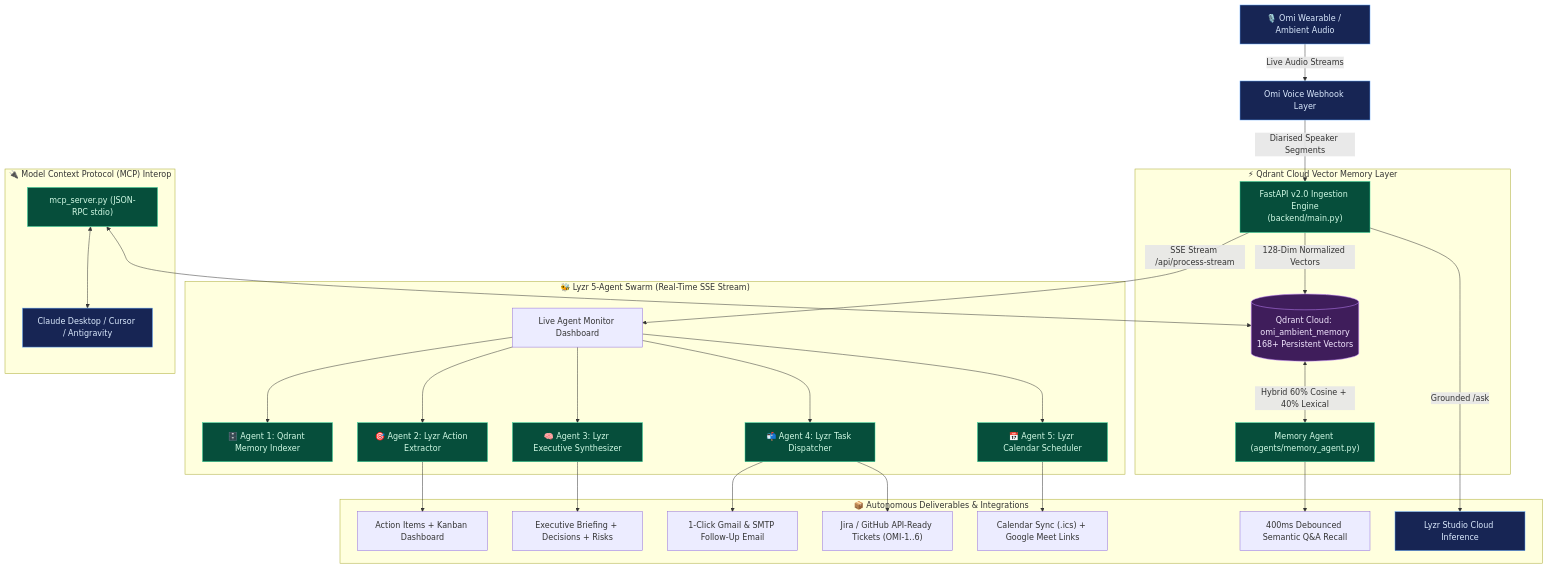
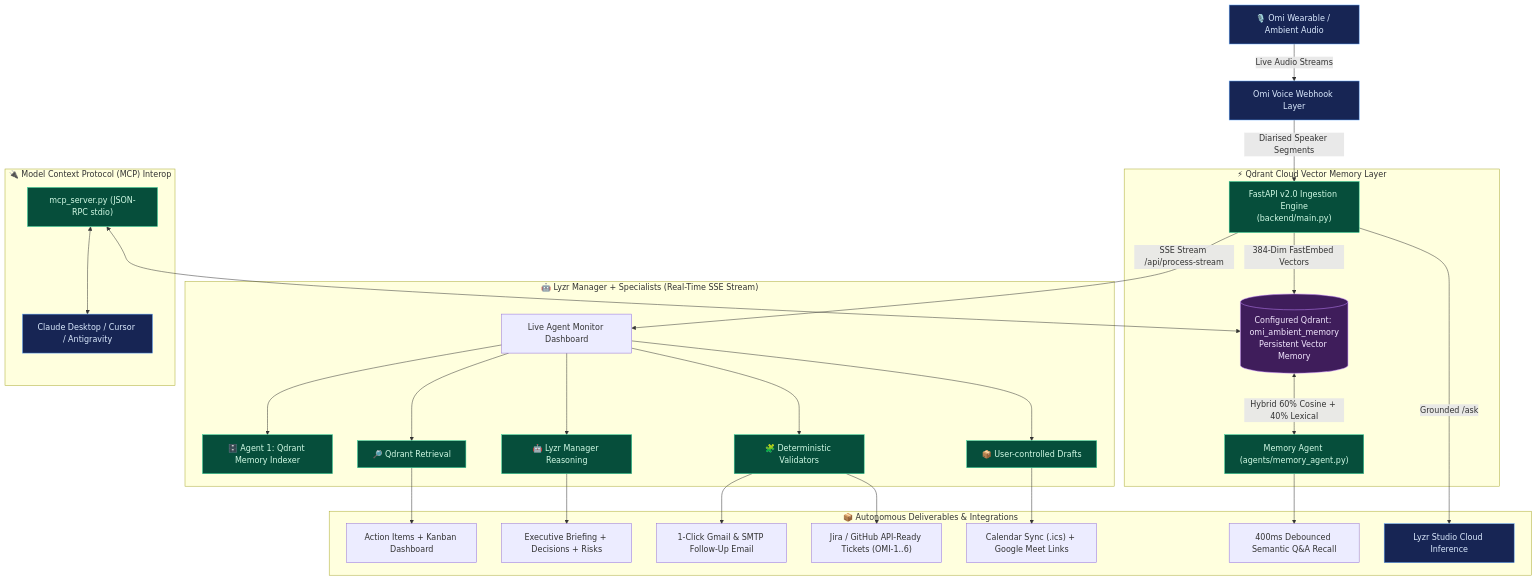
One commit to masood-mashu/omimind-agent changed the diagram in README.md. Above: the diagram before and after it, drawn with Mermaid. The commit also changed other lines of this file and 21 other files, not shown here.

Commit message:
feat(hackathon): align architecture with official track 1 connected loop requirements

````diff
--- a/README.md
+++ b/README.md
@@ -63,41 +63,41 @@
 ```mermaid
 flowchart TD
     User["🎙️ Omi Wearable / Ambient Audio"] -->|Live Audio Streams| Omi["Omi Voice Webhook Layer"]
     Omi -->|Diarised Speaker Segments| FastAPIServer["FastAPI v2.0 Ingestion Engine<br/>(backend/main.py)"]
 
     subgraph QDRANT ["⚡ Qdrant Cloud Vector Memory Layer"]
-        FastAPIServer -->|128-Dim Normalized Vectors| Qdrant[("Qdrant Cloud: omi_ambient_memory<br/>168+ Persistent Vectors")]
+        FastAPIServer -->|384-Dim FastEmbed Vectors| Qdrant[("Configured Qdrant: omi_ambient_memory<br/>Persistent Vector Memory")]
         Qdrant <-->|Hybrid 60% Cosine + 40% Lexical| MemAgent["Memory Agent (agents/memory_agent.py)"]
     end
 
-    subgraph LYZR ["🐝 Lyzr 5-Agent Swarm (Real-Time SSE Stream)"]
+    subgraph LYZR ["🤖 Lyzr Manager + Specialists (Real-Time SSE Stream)"]
         FastAPIServer -->|SSE Stream /api/process-stream| Stream["Live Agent Monitor Dashboard"]
         Stream --> A1["🗄️ Agent 1: Qdrant Memory Indexer"]
-        Stream --> A2["🎯 Agent 2: Lyzr Action Extractor"]
-        Stream --> A3["🧠 Agent 3: Lyzr Executive Synthesizer"]
-        Stream --> A4["📬 Agent 4: Lyzr Task Dispatcher"]
-        Stream --> A5["📅 Agent 5: Lyzr Calendar Scheduler"]
+        Stream --> A2["🔎 Qdrant Retrieval"]
+        Stream --> A3["🤖 Lyzr Manager Reasoning"]
+        Stream --> A4["🧩 Deterministic Validators"]
+        Stream --> A5["📦 User-controlled Drafts"]
     end
 
     subgraph OUTPUTS ["📦 Autonomous Deliverables & Integrations"]
         A2 --> Actions["Action Items + Kanban Dashboard"]
         A3 --> Dossier["Executive Briefing + Decisions + Risks"]
         A4 --> Email["1-Click Gmail & SMTP Follow-Up Email"]
         A4 --> Jira["Jira / GitHub API-Ready Tickets (OMI-1..6)"]
         A5 --> Calendar["Calendar Sync (.ics) + Google Meet Links"]
         MemAgent --> QnA["400ms Debounced Semantic Q&A Recall"]
         FastAPIServer -->|Grounded /ask| LyzrStudio["Lyzr Studio Cloud Inference"]
     end
 
     subgraph MCP ["🔌 Model Context Protocol (MCP) Interop"]
         MCP_Server["mcp_server.py (JSON-RPC stdio)"] <--> Qdrant
         MCP_Server <--> ExternalAgents["Claude Desktop / Cursor / Antigravity"]
     end
 
     classDef external fill:#172554,stroke:#60a5fa,color:#dbeafe;
     classDef service fill:#064e3b,stroke:#34d399,color:#d1fae5;
     classDef store fill:#3f1d5b,stroke:#c084fc,color:#f3e8ff;
     class User,Omi,LyzrStudio,ExternalAgents external;
     class FastAPIServer,MemAgent,A1,A2,A3,A4,A5,MCP_Server service;
     class Qdrant store;
 ```
````
